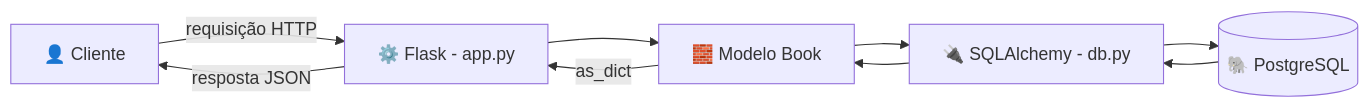
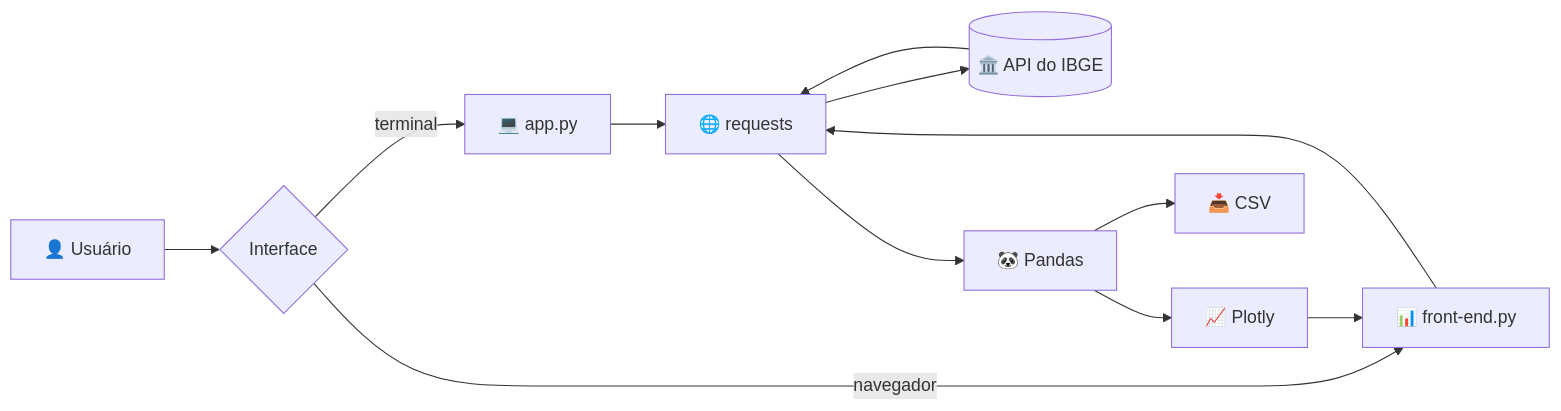
One commit to julianabcor/API-CNAE changed the first of 2 diagrams in README.md. Above: the diagram before and after it, drawn with Mermaid. The commit also changed other lines of this file, not shown here.

````diff
--- a/README.md
+++ b/README.md
@@ -83,11 +86,14 @@
 ```mermaid
 flowchart LR
-    A[👤 Cliente] -->|requisição HTTP| B[⚙️ Flask - app.py]
-    B --> C[🧱 Modelo Book]
-    C --> D[🔌 SQLAlchemy - db.py]
-    D --> E[(🐘 PostgreSQL)]
-    E --> D
-    D --> C
-    C -->|as_dict| B
-    B -->|resposta JSON| A
+    A[👤 Usuário] --> B{Interface}
+    B -->|terminal| C[💻 app.py]
+    B -->|navegador| D[📊 front-end.py]
+    C --> E[🌐 requests]
+    D --> E
+    E --> F[(🏛️ API do IBGE)]
+    F --> E
+    E --> G[🐼 Pandas]
+    G --> H[📈 Plotly]
+    H --> D
+    G --> I[📥 CSV]
 ```
````
